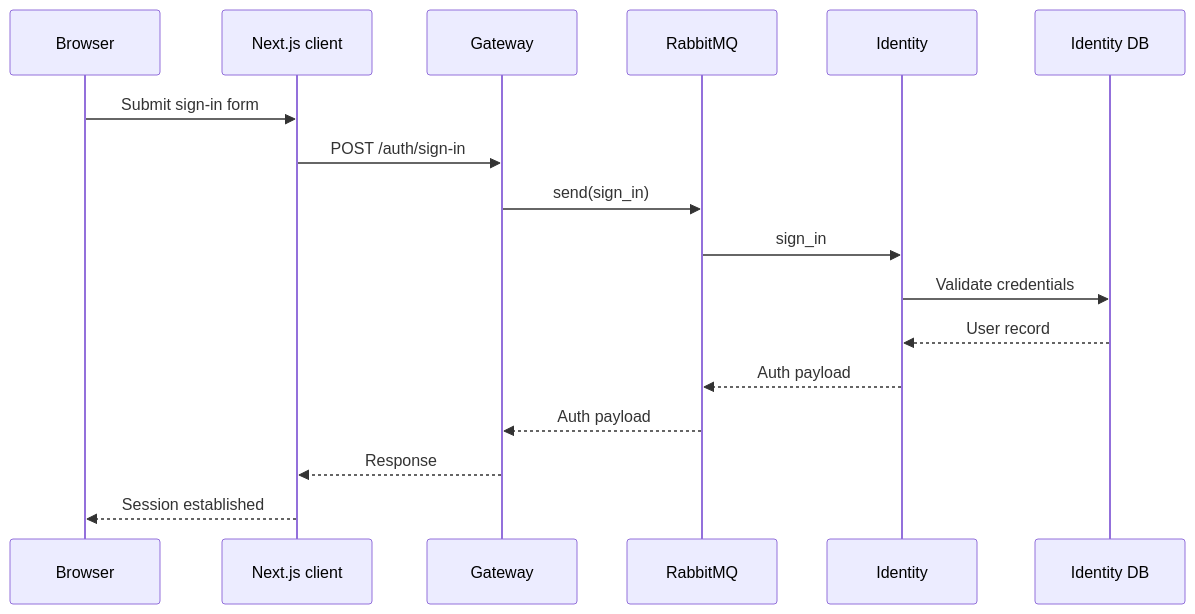
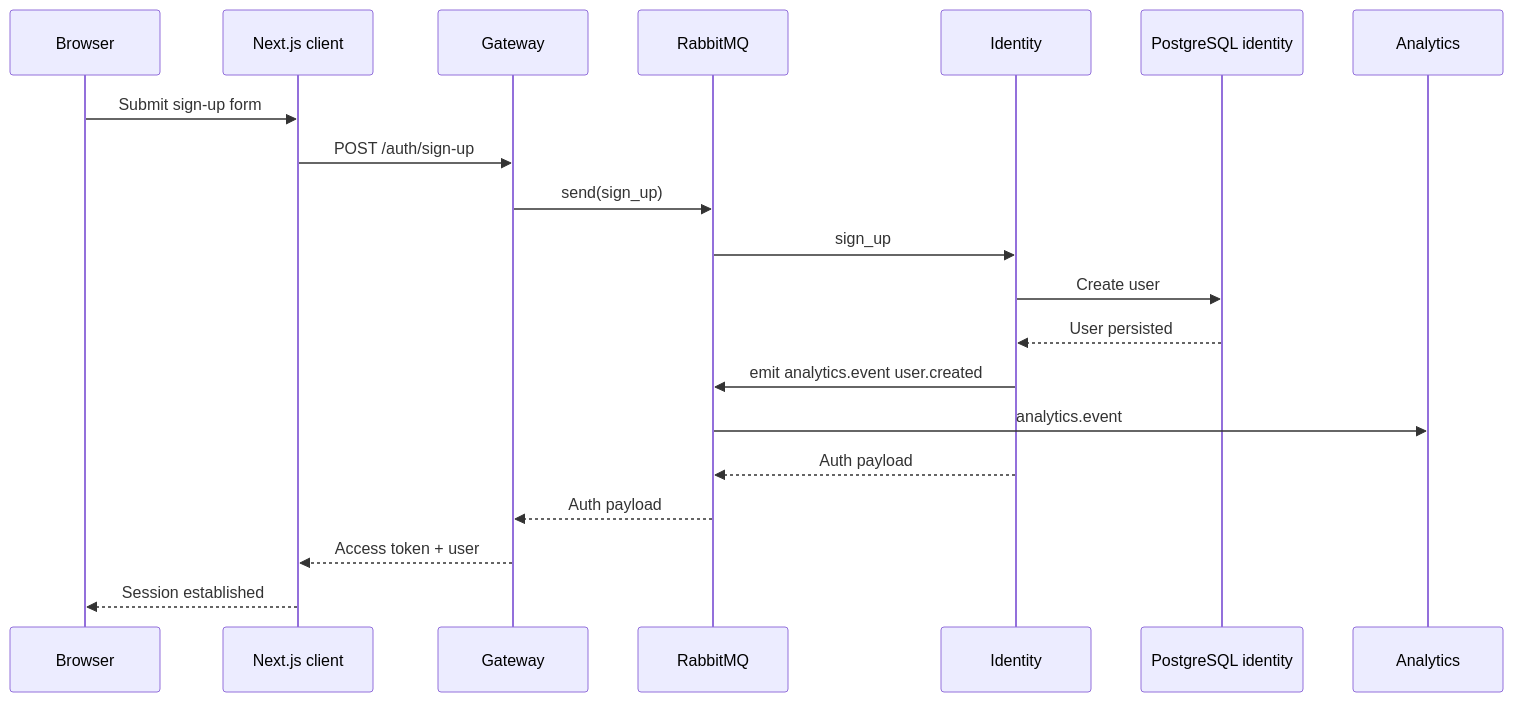
Before and after one commit to eamtcPROG/DASI: the second of 7 diagrams in docs/architecture.md, drawn with Mermaid. The commit also changed other lines of this file and 1 other file, not shown here.

Commit message:
docs: refresh architecture and project presentation

````diff
--- a/docs/architecture.md
+++ b/docs/architecture.md
@@ -131,20 +238,23 @@
 ```mermaid
 sequenceDiagram
     participant B as Browser
     participant C as Next.js client
     participant G as Gateway
     participant R as RabbitMQ
     participant I as Identity
-    participant D as Identity DB
+    participant P as PostgreSQL identity
+    participant A as Analytics
 
-    B->>C: Submit sign-in form
-    C->>G: POST /auth/sign-in
-    G->>R: send(sign_in)
-    R->>I: sign_in
-    I->>D: Validate credentials
-    D-->>I: User record
+    B->>C: Submit sign-up form
+    C->>G: POST /auth/sign-up
+    G->>R: send(sign_up)
+    R->>I: sign_up
+    I->>P: Create user
+    P-->>I: User persisted
+    I->>R: emit analytics.event user.created
+    R->>A: analytics.event
     I-->>R: Auth payload
     R-->>G: Auth payload
-    G-->>C: Response
+    G-->>C: Access token + user
     C-->>B: Session established
 ```
````
